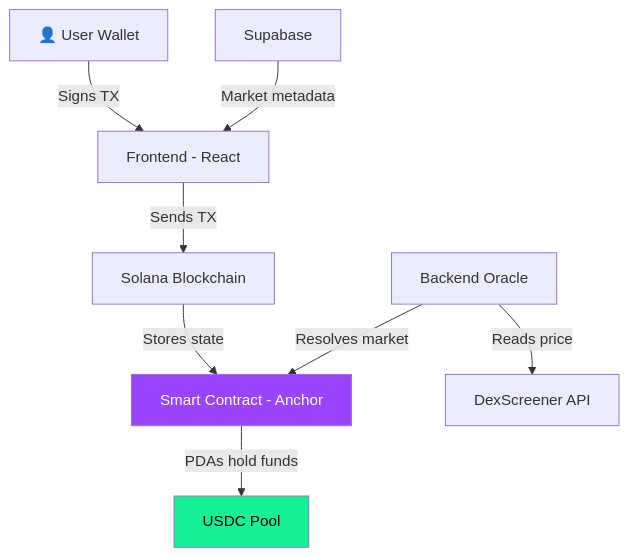
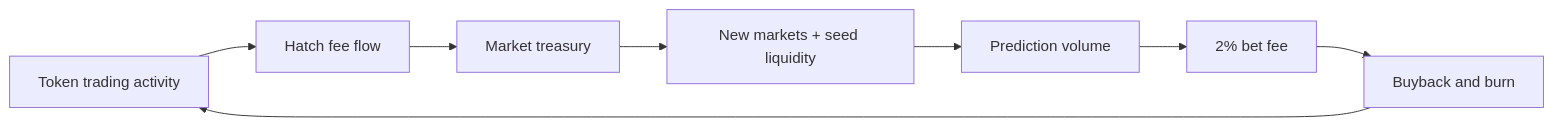
One commit to SolMarketHub/docs changed the second of 2 diagrams in how-it-works.mdx. Above: the diagram before and after it, drawn with Mermaid. The commit also changed other lines of this file and 18 other files, not shown here.

````diff
--- a/how-it-works.mdx
+++ b/how-it-works.mdx
@@ -11,12 +64,10 @@
 ```mermaid
-graph TD
-    A[👤 User Wallet] -->|Signs TX| B[Frontend - React]
-    B -->|Sends TX| C[Solana Blockchain]
-    C -->|Stores state| D[Smart Contract - Anchor]
-    D -->|PDAs hold funds| E[USDC Pool]
-    F[Backend Oracle] -->|Reads price| G[DexScreener API]
-    F -->|Resolves market| D
-    H[Supabase] -->|Market metadata| B
-    style D fill:#9945FF,color:#fff
-    style E fill:#14F195,color:#000
+graph LR
+    A[Token trading activity] --> B[Hatch fee flow]
+    B --> C[Market treasury]
+    C --> D[New markets + seed liquidity]
+    D --> E[Prediction volume]
+    E --> F[2% bet fee]
+    F --> G[Buyback and burn]
+    G --> A
 ```
````
